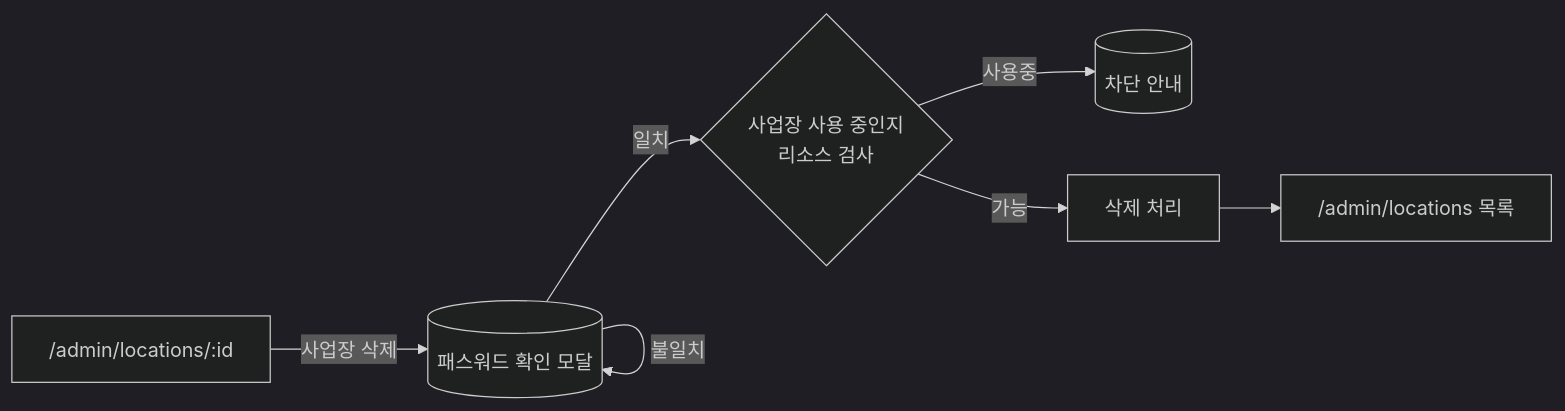
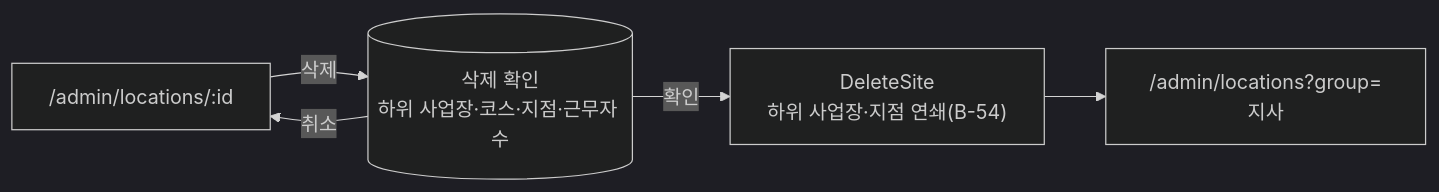
Before and after one commit to S-Tec-System-R-D/s-patrol_fe: diagram 13 of 15 in docs/flow.md, drawn with Mermaid. The commit also changed other lines of this file and 6 other files, not shown here.

Commit message:
docs : spec 044 — 문서 동기화(CLAUDE.md 에러 4종 · screens · flow · data-model · roadmap) · DoD 19/19 · 이월 (T811~T814)

````diff
--- a/docs/flow.md
+++ b/docs/flow.md
@@ -351,9 +351,7 @@
 ```mermaid
 %%{init: {'theme':'dark'}}%%
 flowchart LR
-    A["/admin/locations/:id"] -- "사업장 삭제" --> B[(패스워드 확인 모달)]
-    B -- 일치 --> C{"사업장 사용 중인지<br/>리소스 검사"}
-    C -- 사용중 --> D[(차단 안내)]
-    C -- 가능 --> E[삭제 처리] --> F["/admin/locations 목록"]
-    B -- 불일치 --> B
+    A["/admin/locations/:id"] -- "삭제" --> B[("삭제 확인<br/>하위 사업장·코스·지점·근무자 수")]
+    B -- 확인 --> E["DeleteSite<br/>하위 사업장·지점 연쇄(B-54)"] --> F["/admin/locations?group=지사"]
+    B -- 취소 --> A
 ```
````
